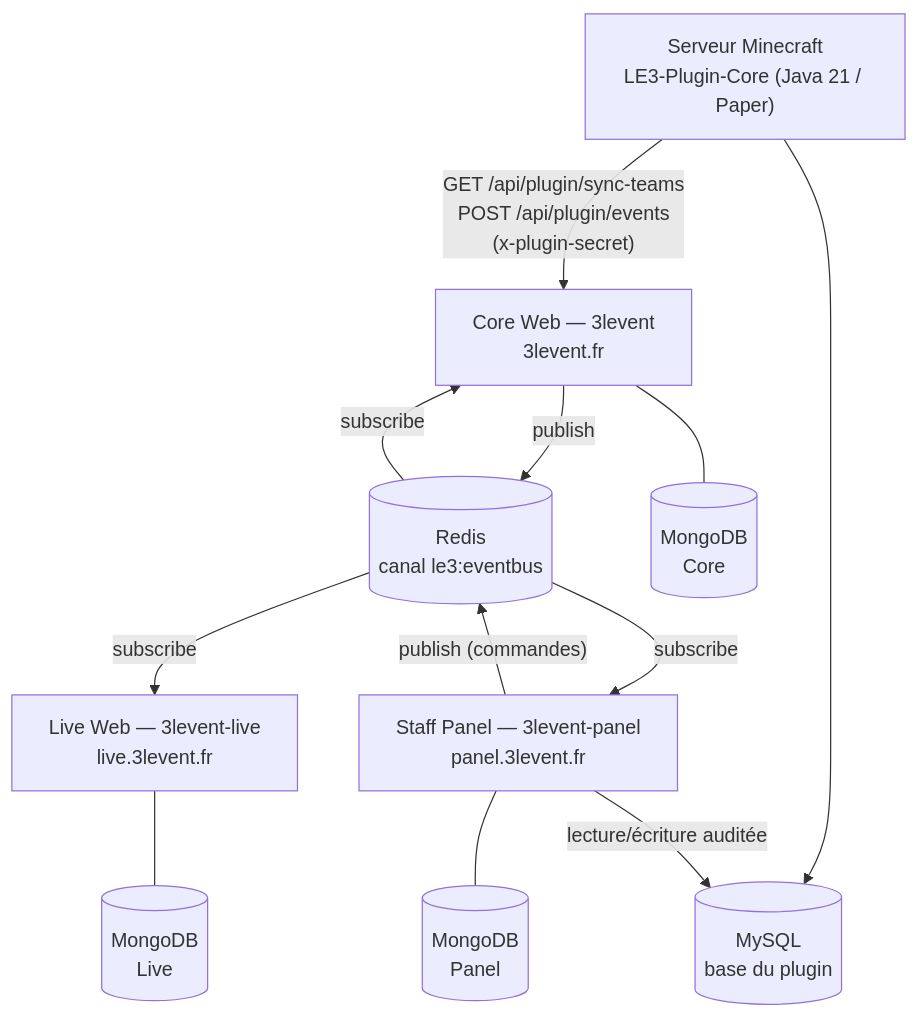
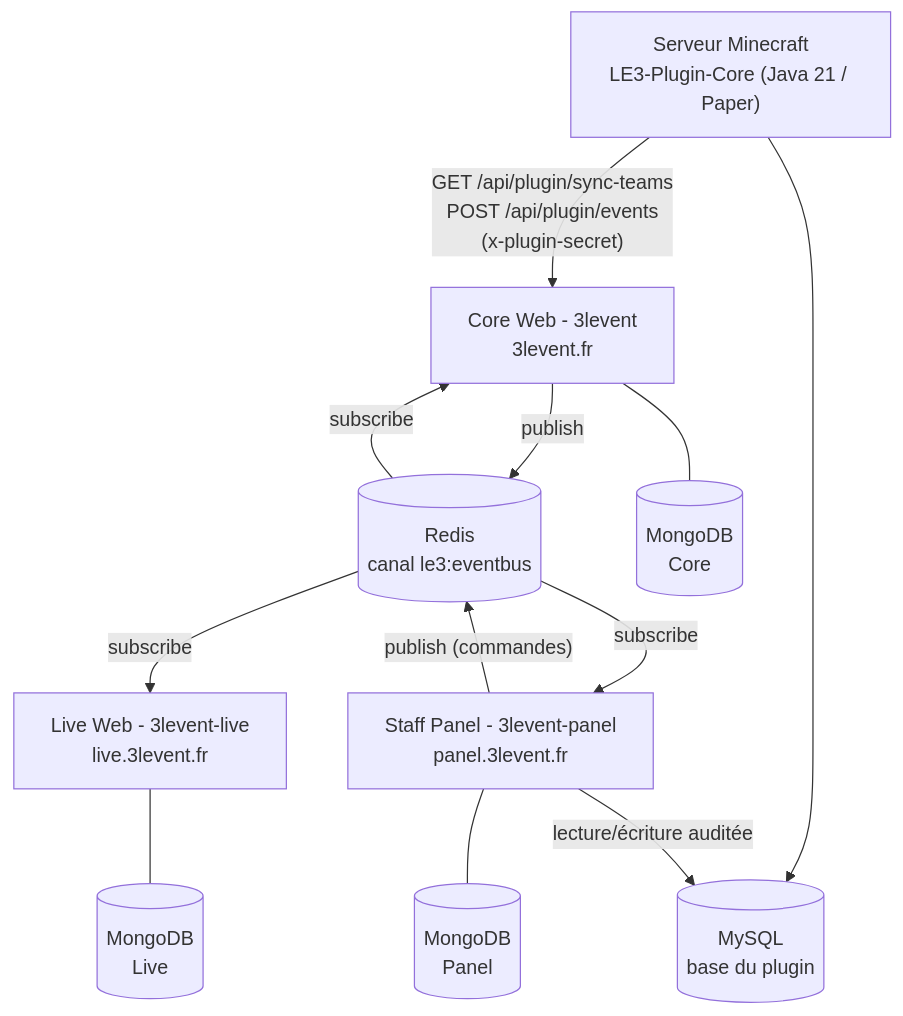
One commit to 3LEvent/LE3-Documentation changed the diagram in docs/architecture/overview.md. Above: the diagram before and after it, drawn with Mermaid. The commit also changed other lines of this file and 17 other files, not shown here.

````diff
--- a/docs/architecture/overview.md
+++ b/docs/architecture/overview.md
@@ -22,24 +22,24 @@
 ```mermaid
 flowchart TD
     MC["Serveur Minecraft<br/>LE3-Plugin-Core (Java 21 / Paper)"]
-    CORE["Core Web — 3levent<br/>3levent.fr"]
-    LIVE["Live Web — 3levent-live<br/>live.3levent.fr"]
-    PANEL["Staff Panel — 3levent-panel<br/>panel.3levent.fr"]
+    CORE["Core Web - 3levent<br/>3levent.fr"]
+    LIVE["Live Web - 3levent-live<br/>live.3levent.fr"]
+    PANEL["Staff Panel - 3levent-panel<br/>panel.3levent.fr"]
     BUS[("Redis<br/>canal le3:eventbus")]
     MYSQL[("MySQL<br/>base du plugin")]
     MDB1[("MongoDB<br/>Core")]
     MDB2[("MongoDB<br/>Live")]
     MDB3[("MongoDB<br/>Panel")]
 
     MC -->|"GET /api/plugin/sync-teams<br/>POST /api/plugin/events<br/>(x-plugin-secret)"| CORE
     MC --> MYSQL
     CORE -->|publish| BUS
     PANEL -->|"publish (commandes)"| BUS
     BUS -->|subscribe| CORE
     BUS -->|subscribe| LIVE
     BUS -->|subscribe| PANEL
     CORE --- MDB1
     LIVE --- MDB2
     PANEL --- MDB3
     PANEL -->|"lecture/écriture auditée"| MYSQL
 ```
````
